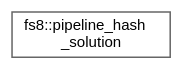
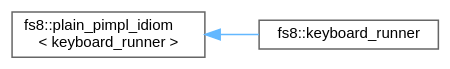
Before and after one commit to the-moisrex/foresight: the diagram in api/inherit_graph_108.dot, drawn with Graphviz. The commit also changed 165 other files, not shown here.

```diff
--- a/api/inherit_graph_108.dot
+++ b/api/inherit_graph_108.dot
@@ -1,9 +1,11 @@
 digraph "Graphical Class Hierarchy"
 {
  // LATEX_PDF_SIZE
   bgcolor="transparent";
   edge [fontname=Helvetica,fontsize=10,labelfontname=Helvetica,labelfontsize=10];
   node [fontname=Helvetica,fontsize=10,shape=box,height=0.2,width=0.4];
   rankdir="LR";
-  Node0 [id="Node000000",label="fs8::pipeline_hash\l_solution",height=0.2,width=0.4,color="grey40", fillcolor="white", style="filled",URL="$structfs8_1_1pipeline__hash__solution.html",tooltip="Hash the pipeline's mod types via their typeid().name()."];
+  Node0 [id="Node000000",label="fs8::plain_pimpl_idiom\l\< keyboard_runner \>",height=0.2,width=0.4,color="grey40", fillcolor="white", style="filled",URL="$structfs8_1_1plain__pimpl__idiom.html",tooltip=" "];
+  Node0 -> Node1 [id="edge136_Node000000_Node000001",dir="back",color="steelblue1",style="solid",tooltip=" "];
+  Node1 [id="Node000001",label="fs8::keyboard_runner",height=0.2,width=0.4,color="grey40", fillcolor="white", style="filled",URL="$structfs8_1_1keyboard__runner.html",tooltip=" "];
 }
```
